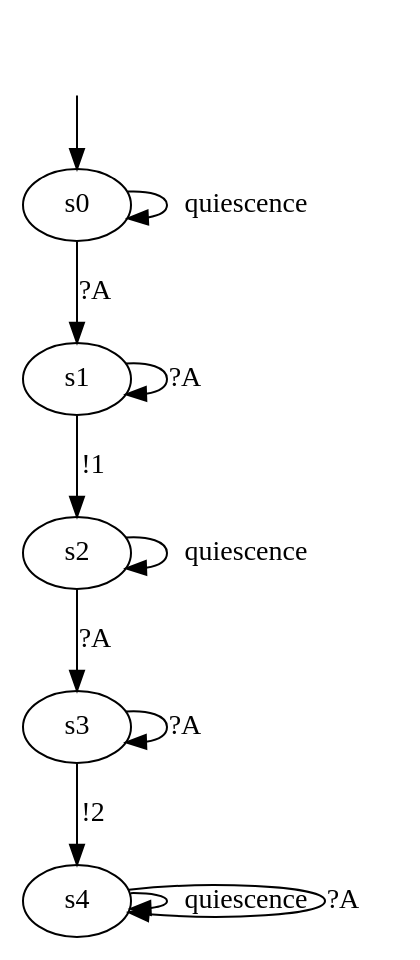
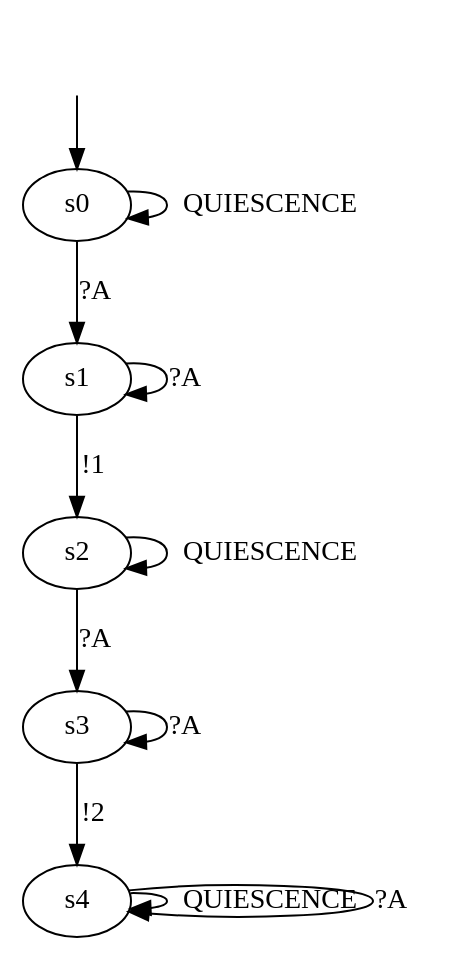
The diagram in DotModels/Iolts/03_iolts.dot (haubitzer/AALpy), drawn with Graphviz before and after one commit. The commit also changed 58 other files, not shown here.

```diff
--- a/DotModels/Iolts/03_iolts.dot
+++ b/DotModels/Iolts/03_iolts.dot
@@ -1,19 +1,19 @@
 digraph "../../DotModels/Iolts/03_iolts" {
 s0 [label=s0];
 s1 [label=s1];
 s2 [label=s2];
 s3 [label=s3];
 s4 [label=s4];
-s0 -> s0  [label=quiescence];
+s0 -> s0  [label=QUIESCENCE];
 s0 -> s1  [label="?A"];
 s1 -> s2  [label="!1"];
 s1 -> s1  [label="?A"];
-s2 -> s2  [label=quiescence];
+s2 -> s2  [label=QUIESCENCE];
 s2 -> s3  [label="?A"];
 s3 -> s4  [label="!2"];
 s3 -> s3  [label="?A"];
-s4 -> s4  [label=quiescence];
+s4 -> s4  [label=QUIESCENCE];
 s4 -> s4  [label="?A"];
 __start0 [label="", shape=none];
 __start0 -> s0  [label=""];
 }
```
